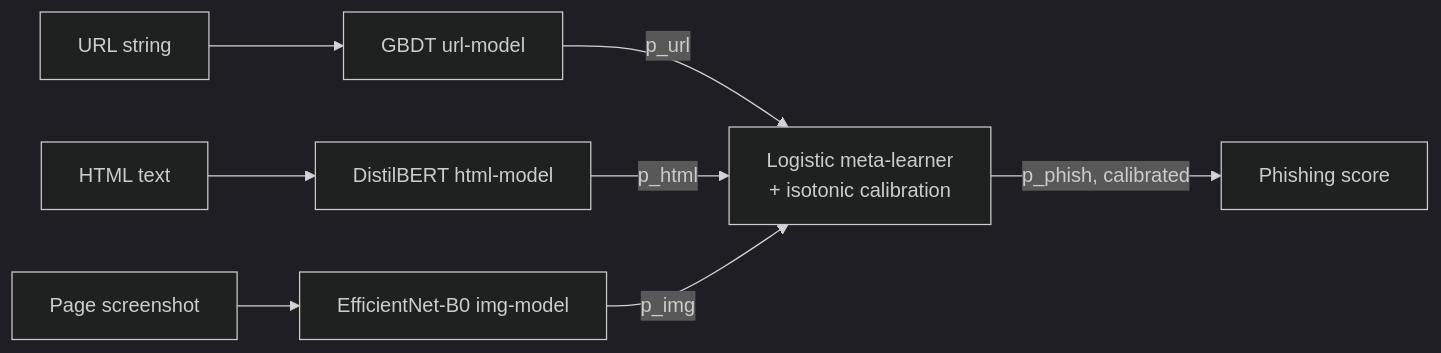
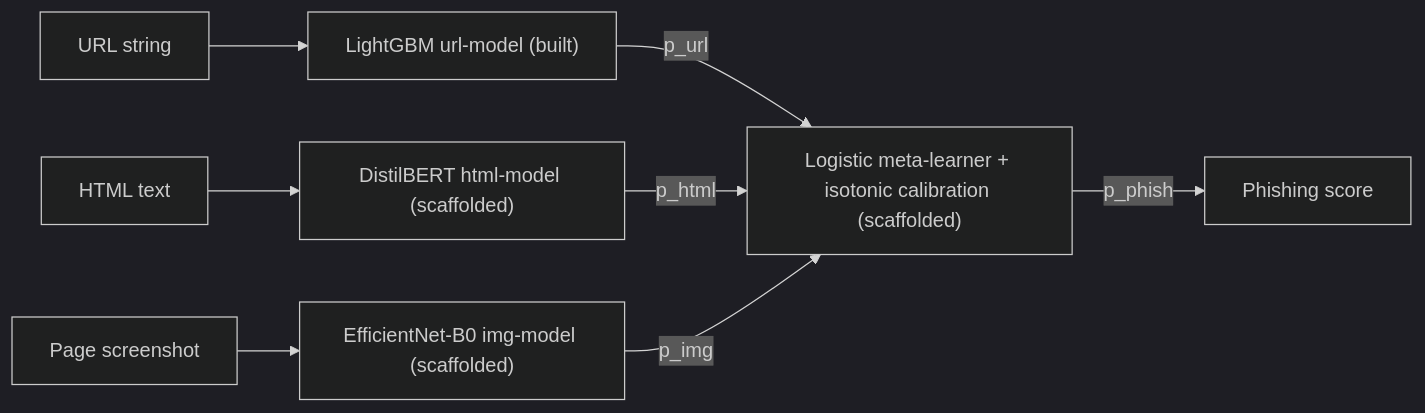
One commit to SolomonSmith-dev/phishguard changed the diagram in README.md. Above: the diagram before and after it, drawn with Mermaid (dark theme). The commit also changed other lines of this file, not shown here.

Commit message:
README: state what was built, verified metrics, leakage finding up front

````diff
--- a/README.md
+++ b/README.md
@@ -26,10 +75,10 @@
 ```mermaid
 flowchart LR
-    URL[URL string] --> GBDT[GBDT url-model]
-    HTML[HTML text] --> DBERT[DistilBERT html-model]
-    PNG[Page screenshot] --> EFF[EfficientNet-B0 img-model]
-    GBDT -->|p_url| META[Logistic meta-learner<br/>+ isotonic calibration]
+    URL[URL string] --> GBDT["LightGBM url-model (built)"]
+    HTML[HTML text] --> DBERT["DistilBERT html-model (scaffolded)"]
+    PNG[Page screenshot] --> EFF["EfficientNet-B0 img-model (scaffolded)"]
+    GBDT -->|p_url| META["Logistic meta-learner + isotonic calibration (scaffolded)"]
     DBERT -->|p_html| META
     EFF -->|p_img| META
-    META -->|p_phish, calibrated| OUT[Phishing score]
+    META -->|p_phish| OUT[Phishing score]
 ```
````
